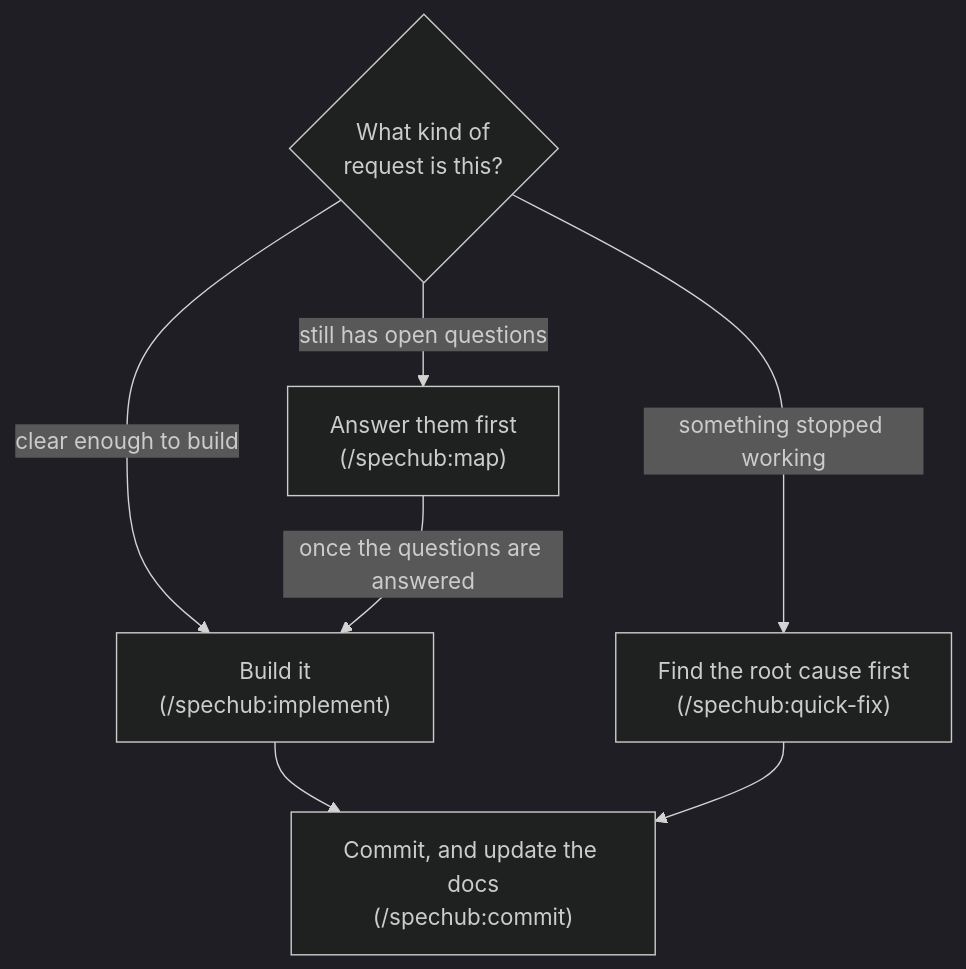
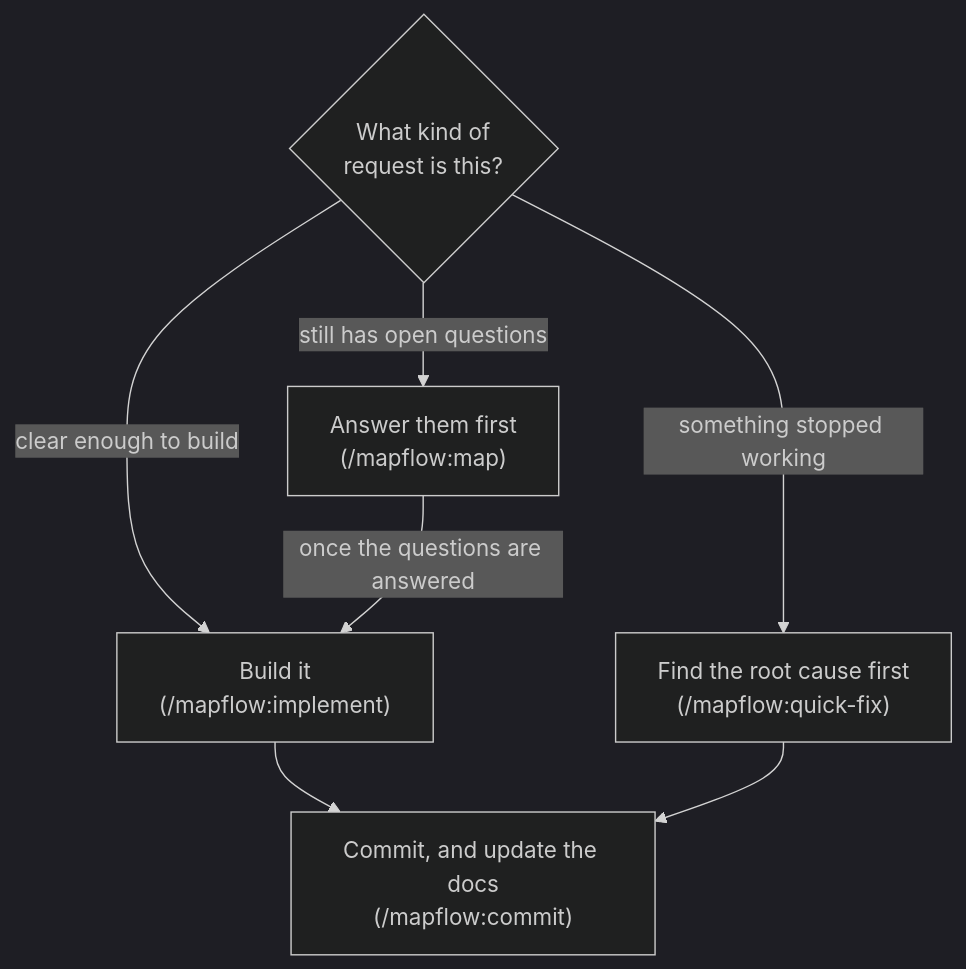
One commit to ac8318740/acstack changed the diagram in README.md. Above: the diagram before and after it, drawn with Mermaid (dark theme). The commit also changed other lines of this file and 181 other files, not shown here.

````diff
--- a/README.md
+++ b/README.md
@@ -13,9 +13,9 @@
 ```mermaid
 flowchart TD
-    Q{"What kind of<br/>request is this?"} -->|"clear enough to build"| IM["Build it<br/>(/spechub:implement)"]
-    Q -->|"something stopped working"| QF["Find the root cause first<br/>(/spechub:quick-fix)"]
-    Q -->|"still has open questions"| MP["Answer them first<br/>(/spechub:map)"]
+    Q{"What kind of<br/>request is this?"} -->|"clear enough to build"| IM["Build it<br/>(/mapflow:implement)"]
+    Q -->|"something stopped working"| QF["Find the root cause first<br/>(/mapflow:quick-fix)"]
+    Q -->|"still has open questions"| MP["Answer them first<br/>(/mapflow:map)"]
     MP -->|"once the questions are answered"| IM
-    IM --> C["Commit, and update the docs<br/>(/spechub:commit)"]
+    IM --> C["Commit, and update the docs<br/>(/mapflow:commit)"]
     QF --> C
 ```
````
